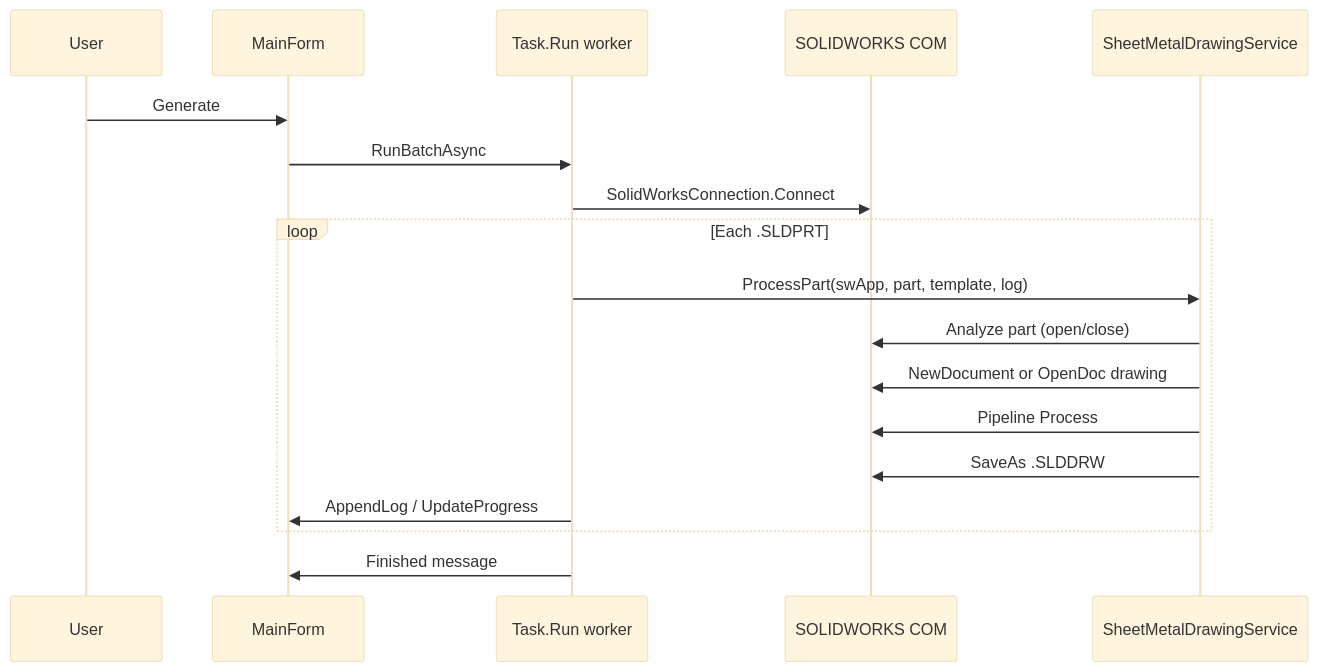
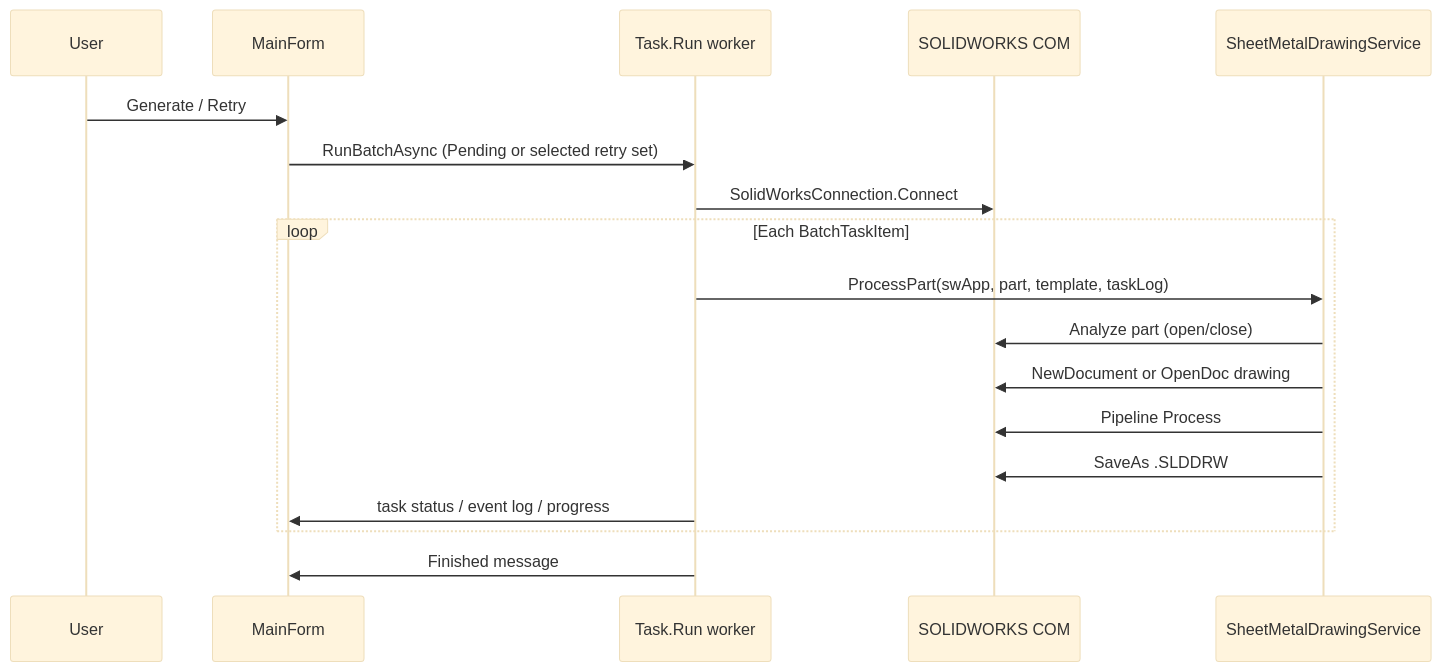
Before and after one commit to YurMil/SolidWorksTester: the diagram in Docs/architecture/data-flow.md, drawn with Mermaid (base theme). The commit also changed 49 other files, not shown here.

````diff
--- a/Docs/architecture/data-flow.md
+++ b/Docs/architecture/data-flow.md
@@ -7,21 +7,21 @@
 ```mermaid
 sequenceDiagram
     participant User
     participant MainForm
     participant Worker as Task.Run worker
     participant SW as SOLIDWORKS COM
     participant Service as SheetMetalDrawingService
 
-    User->>MainForm: Generate
-    MainForm->>Worker: RunBatchAsync
+    User->>MainForm: Generate / Retry
+    MainForm->>Worker: RunBatchAsync (Pending or selected retry set)
     Worker->>SW: SolidWorksConnection.Connect
-    loop Each .SLDPRT
-        Worker->>Service: ProcessPart(swApp, part, template, log)
+    loop Each BatchTaskItem
+        Worker->>Service: ProcessPart(swApp, part, template, taskLog)
         Service->>SW: Analyze part (open/close)
         Service->>SW: NewDocument or OpenDoc drawing
         Service->>SW: Pipeline Process
         Service->>SW: SaveAs .SLDDRW
-        Worker->>MainForm: AppendLog / UpdateProgress
+        Worker->>MainForm: task status / event log / progress
     end
     Worker->>MainForm: Finished message
 ```
````
